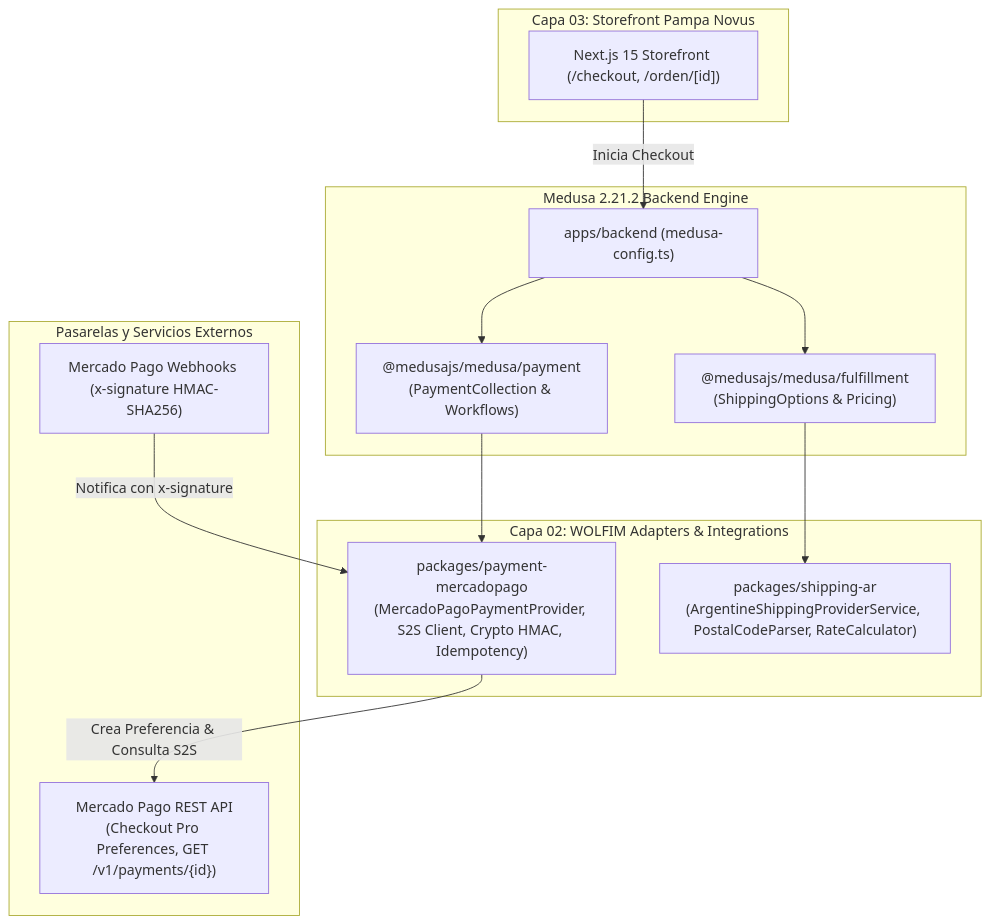
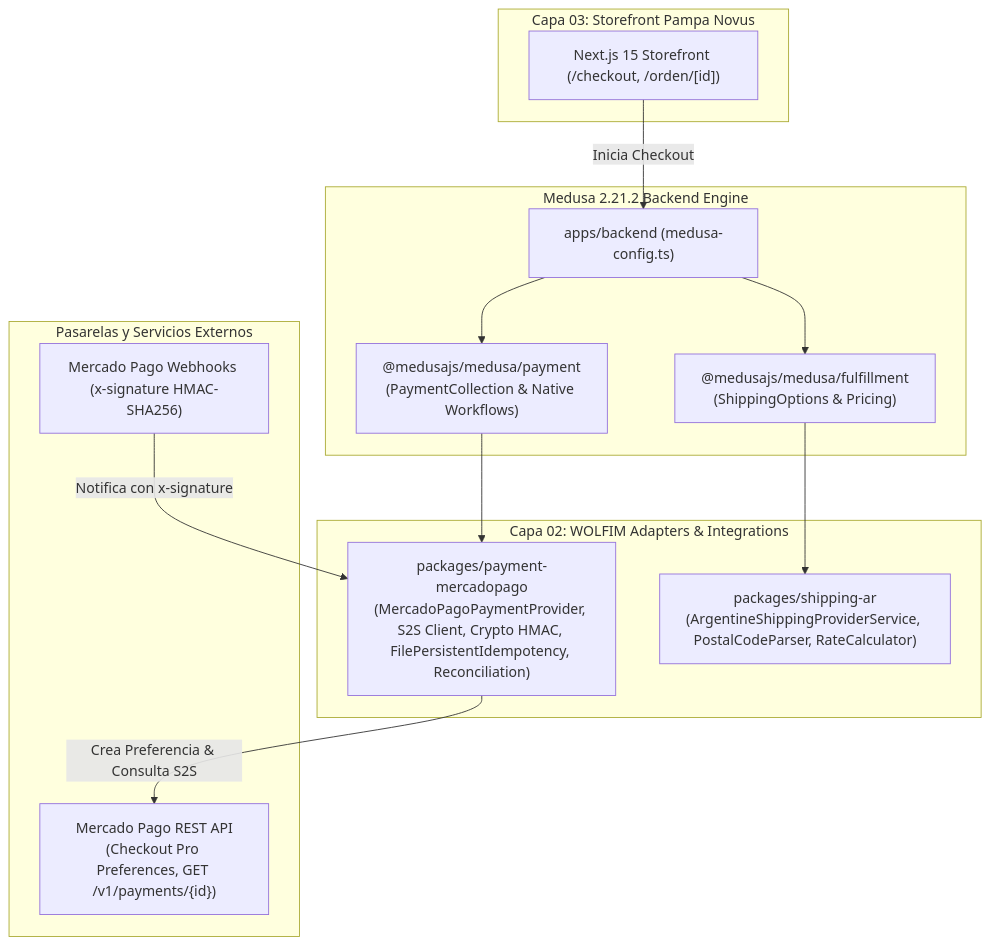
Before and after one commit to Ziramog/ecommerce: the diagram in docs/architecture/G2-REPORT.md, drawn with Mermaid. The commit also changed other lines of this file, not shown here.

````diff
--- a/docs/architecture/G2-REPORT.md
+++ b/docs/architecture/G2-REPORT.md
@@ -14,30 +14,30 @@
 ```mermaid
 flowchart TD
     subgraph Capa03 ["Capa 03: Storefront Pampa Novus"]
         PN_UI["Next.js 15 Storefront (/checkout, /orden/[id])"]
     end
 
     subgraph Capa02 ["Capa 02: WOLFIM Adapters & Integrations"]
-        MP_PKG["packages/payment-mercadopago\n(MercadoPagoPaymentProvider, S2S Client, Crypto HMAC, Idempotency)"]
+        MP_PKG["packages/payment-mercadopago\n(MercadoPagoPaymentProvider, S2S Client, Crypto HMAC, FilePersistentIdempotency, Reconciliation)"]
         SHIP_PKG["packages/shipping-ar\n(ArgentineShippingProviderService, PostalCodeParser, RateCalculator)"]
     end
 
     subgraph MedusaBackend ["Medusa 2.21.2 Backend Engine"]
         MEDUSA["apps/backend (medusa-config.ts)"]
-        PAYMENT_MOD["@medusajs/medusa/payment\n(PaymentCollection & Workflows)"]
+        PAYMENT_MOD["@medusajs/medusa/payment\n(PaymentCollection & Native Workflows)"]
         FULFILLMENT_MOD["@medusajs/medusa/fulfillment\n(ShippingOptions & Pricing)"]
     end
 
     subgraph ExternalServices ["Pasarelas y Servicios Externos"]
         MP_API["Mercado Pago REST API\n(Checkout Pro Preferences, GET /v1/payments/{id})"]
         MP_WEBHOOK["Mercado Pago Webhooks (x-signature HMAC-SHA256)"]
     end
 
     PN_UI -->|Inicia Checkout| MEDUSA
     MEDUSA --> PAYMENT_MOD
     MEDUSA --> FULFILLMENT_MOD
     PAYMENT_MOD --> MP_PKG
     FULFILLMENT_MOD --> SHIP_PKG
     MP_PKG -->|Crea Preferencia & Consulta S2S| MP_API
     MP_WEBHOOK -->|Notifica con x-signature| MP_PKG
 ```
````
